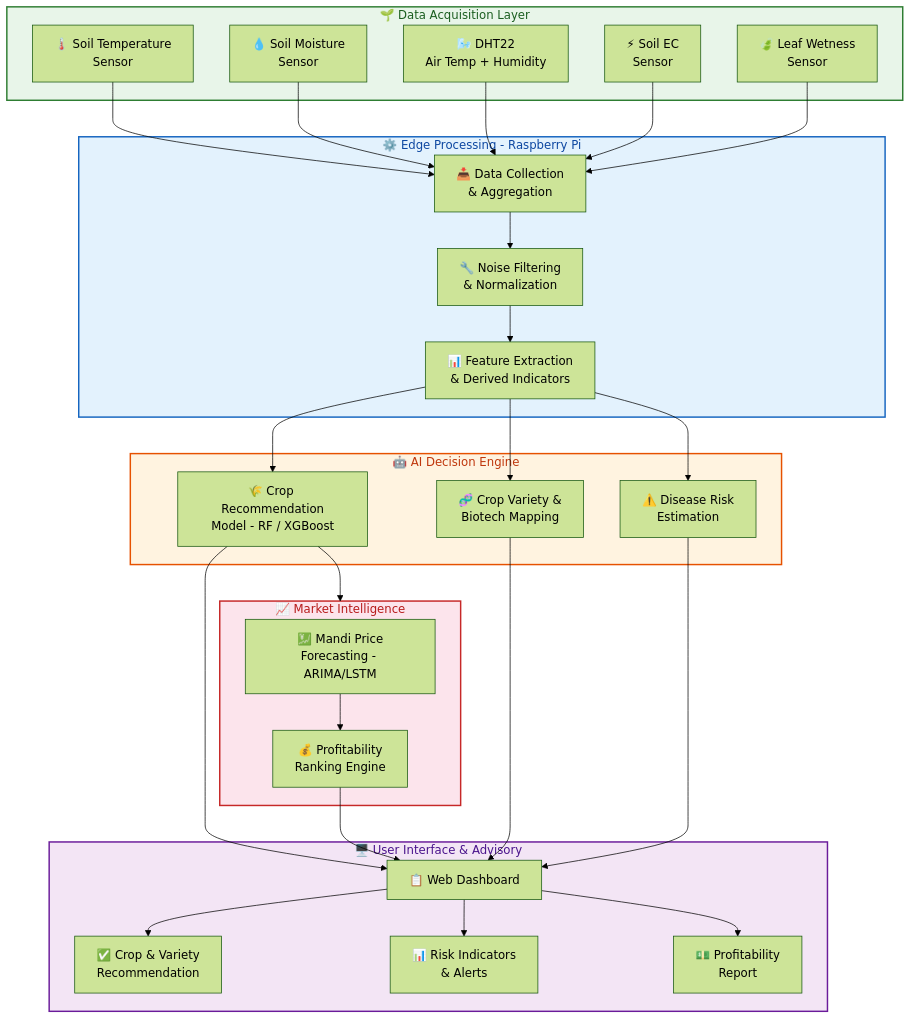
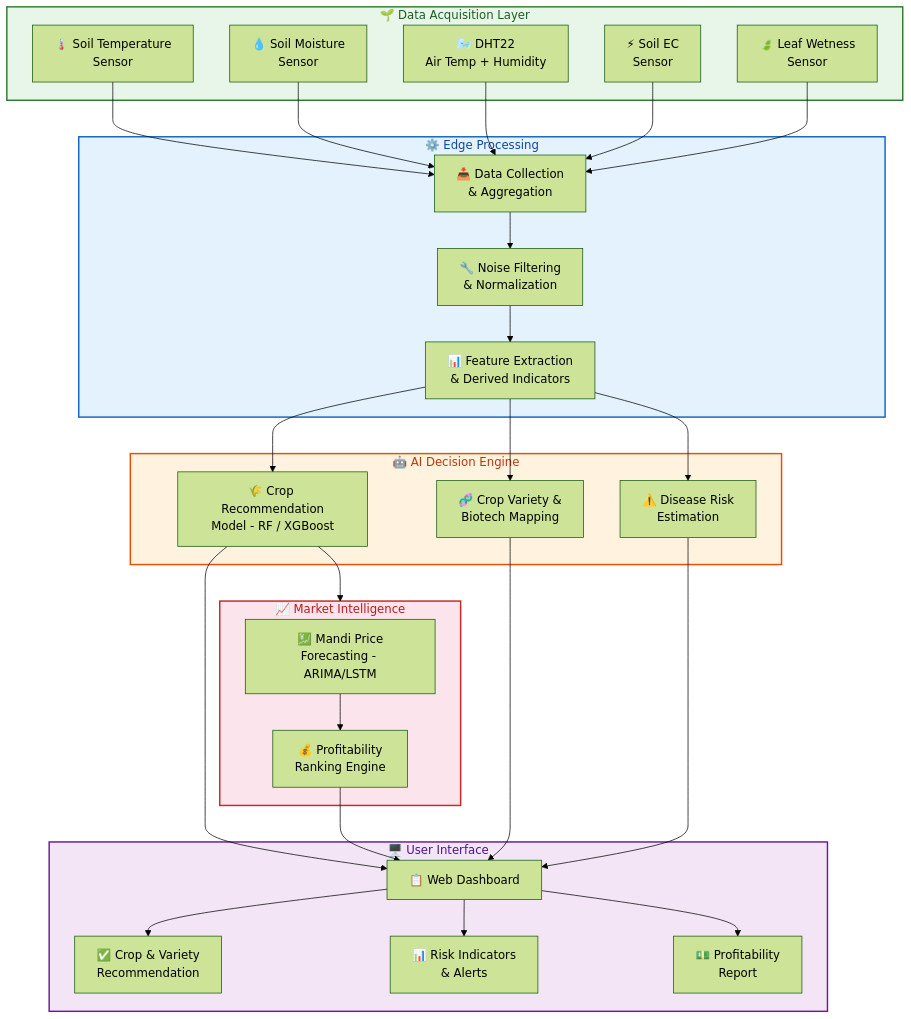
One commit to Manu77211/agriverse changed the diagram in README.md. Above: the diagram before and after it, drawn with Mermaid (forest theme).

Commit message:
Update subgraph titles in README.md

````diff
--- a/README.md
+++ b/README.md
@@ -1,57 +1,57 @@
 ```mermaid
 flowchart TD
     subgraph SENSORS["🌱 Data Acquisition Layer"]
         S1["🌡️ Soil Temperature<br>Sensor"]
         S2["💧 Soil Moisture<br>Sensor"]
         S3["🌬️ DHT22<br>Air Temp + Humidity"]
         S4["⚡ Soil EC<br>Sensor"]
         S5["🍃 Leaf Wetness<br>Sensor"]
     end
 
-    subgraph EDGE["⚙️ Edge Processing - Raspberry Pi"]
+    subgraph EDGE["⚙️ Edge Processing"]
         E1["📥 Data Collection<br>& Aggregation"]
         E2["🔧 Noise Filtering<br>& Normalization"]
         E3["📊 Feature Extraction<br>& Derived Indicators"]
     end
 
     subgraph AI["🤖 AI Decision Engine"]
         A1["🌾 Crop Recommendation<br>Model - RF / XGBoost"]
         A2["🧬 Crop Variety &<br>Biotech Mapping"]
         A3["⚠️ Disease Risk<br>Estimation"]
     end
 
     subgraph MARKET["📈 Market Intelligence"]
         M1["💹 Mandi Price<br>Forecasting - ARIMA/LSTM"]
         M2["💰 Profitability<br>Ranking Engine"]
     end
 
-    subgraph OUTPUT["🖥️ User Interface & Advisory"]
+    subgraph OUTPUT["🖥️ User Interface"]
         O1["📋 Web Dashboard"]
         O2["✅ Crop & Variety<br>Recommendation"]
         O3["📊 Risk Indicators<br>& Alerts"]
         O4["💵 Profitability<br>Report"]
     end
 
     S1 & S2 & S3 & S4 & S5 --> E1
     E1 --> E2 --> E3
 
     E3 --> A1
     E3 --> A2
     E3 --> A3
 
     A1 --> MARKET
     M1 --> M2
 
     A1 & A2 & A3 --> O1
     M2 --> O1
 
     O1 --> O2
     O1 --> O3
     O1 --> O4
 
     style SENSORS fill:#e8f5e9,stroke:#2e7d32,stroke-width:2px,color:#1b5e20
     style EDGE fill:#e3f2fd,stroke:#1565c0,stroke-width:2px,color:#0d47a1
     style AI fill:#fff3e0,stroke:#e65100,stroke-width:2px,color:#bf360c
     style MARKET fill:#fce4ec,stroke:#c62828,stroke-width:2px,color:#b71c1c
     style OUTPUT fill:#f3e5f5,stroke:#6a1b9a,stroke-width:2px,color:#4a148c
 ```
````
